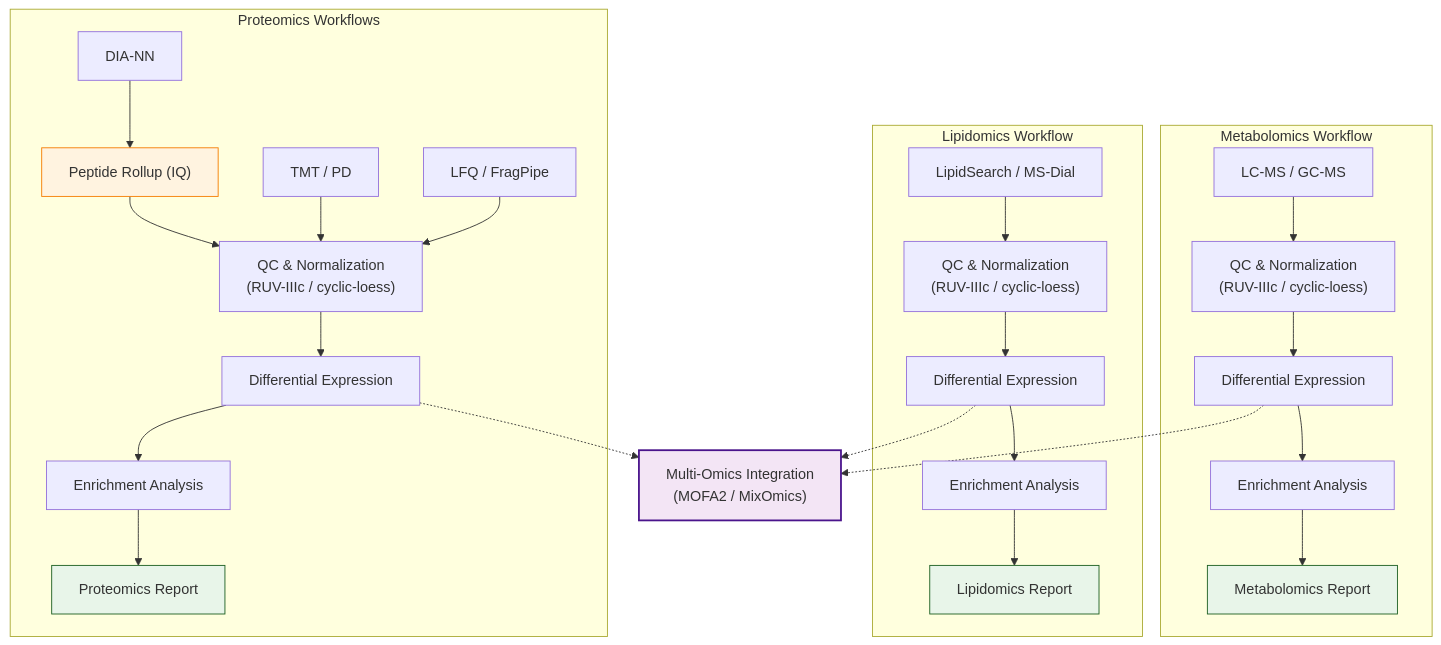
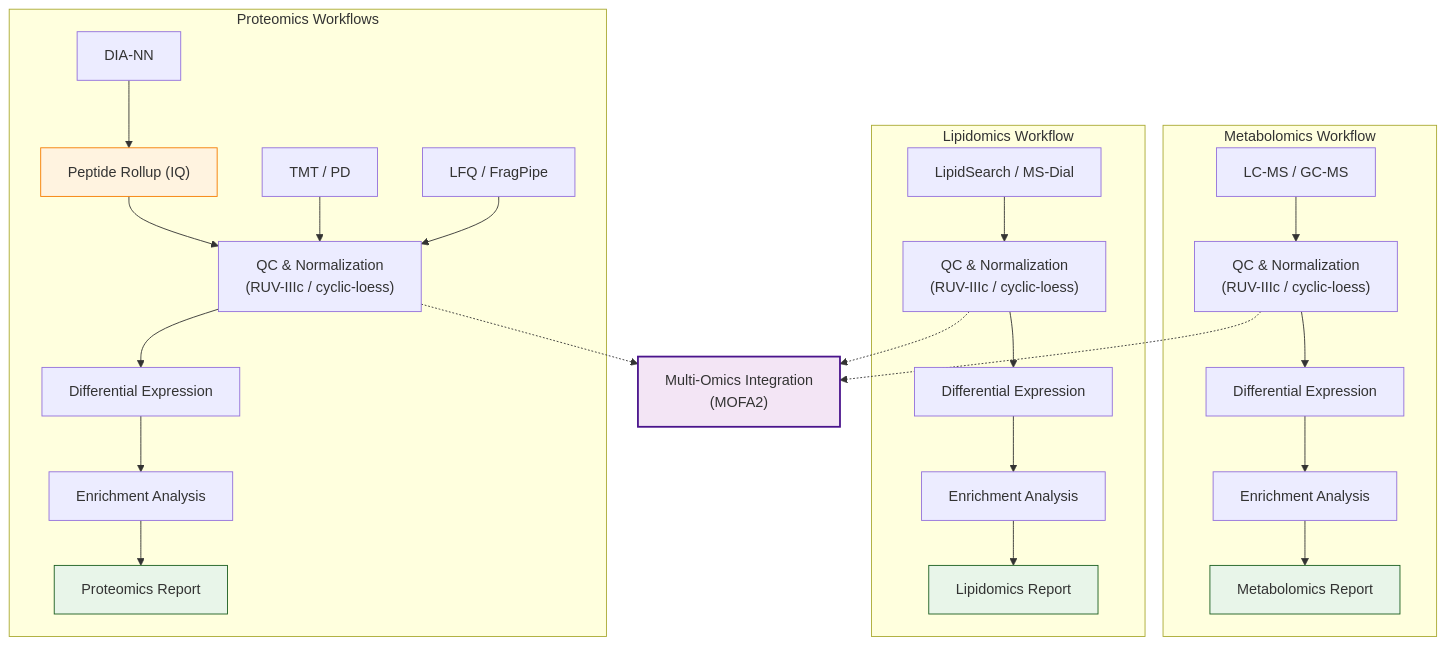
The diagram in README.md (APAF-bioinformatics/MultiScholaR), drawn with Mermaid before and after one commit. The commit also changed other lines of this file and 23 other files, not shown here.

````diff
--- a/README.md
+++ b/README.md
@@ -31,43 +31,43 @@
 ```mermaid
 graph TD
     %% Proteomics
     subgraph Proteomics ["Proteomics Workflows"]
         DIA["DIA-NN"] --> Pep["Peptide Rollup (IQ)"]
         Pep --> ProtQC
         TMT["TMT / PD"] --> ProtQC
         LFQ["LFQ / FragPipe"] --> ProtQC
 
         ProtQC["QC & Normalization<br/>(RUV-IIIc / cyclic-loess)"] --> ProtDE["Differential Expression"]
         ProtDE --> ProtEnrich["Enrichment Analysis"]
         ProtEnrich --> ProtReport["Proteomics Report"]
     end
 
     %% Metabolomics
     subgraph Metabolomics ["Metabolomics Workflow"]
         MetInput["LC-MS / GC-MS"] --> MetQC["QC & Normalization<br/>(RUV-IIIc / cyclic-loess)"]
         MetQC --> MetDE["Differential Expression"]
         MetDE --> MetEnrich["Enrichment Analysis"]
         MetEnrich --> MetReport["Metabolomics Report"]
     end
 
     %% Lipidomics
     subgraph Lipidomics ["Lipidomics Workflow"]
         LipInput["LipidSearch / MS-Dial"] --> LipQC["QC & Normalization<br/>(RUV-IIIc / cyclic-loess)"]
         LipQC --> LipDE["Differential Expression"]
         LipDE --> LipEnrich["Enrichment Analysis"]
         LipEnrich --> LipReport["Lipidomics Report"]
     end
 
-    %% Multi-Omics Integration (Union)
-    ProtDE -.-> Integration["Multi-Omics Integration<br/>(MOFA2 / MixOmics)"]
-    MetDE -.-> Integration
-    LipDE -.-> Integration
+    %% Multi-Omics Integration (the normalised matrices saved at each omic's Summary tab)
+    ProtQC -.-> Integration["Multi-Omics Integration<br/>(MOFA2)"]
+    MetQC -.-> Integration
+    LipQC -.-> Integration
 
     %% Styling
     style Integration fill:#f3e5f5,stroke:#4a148c,stroke-width:2px
     style Pep fill:#fff3e0,stroke:#f57c00
 
     style ProtReport fill:#e8f5e9,stroke:#1b5e20
     style MetReport fill:#e8f5e9,stroke:#1b5e20
     style LipReport fill:#e8f5e9,stroke:#1b5e20
 ```
````
